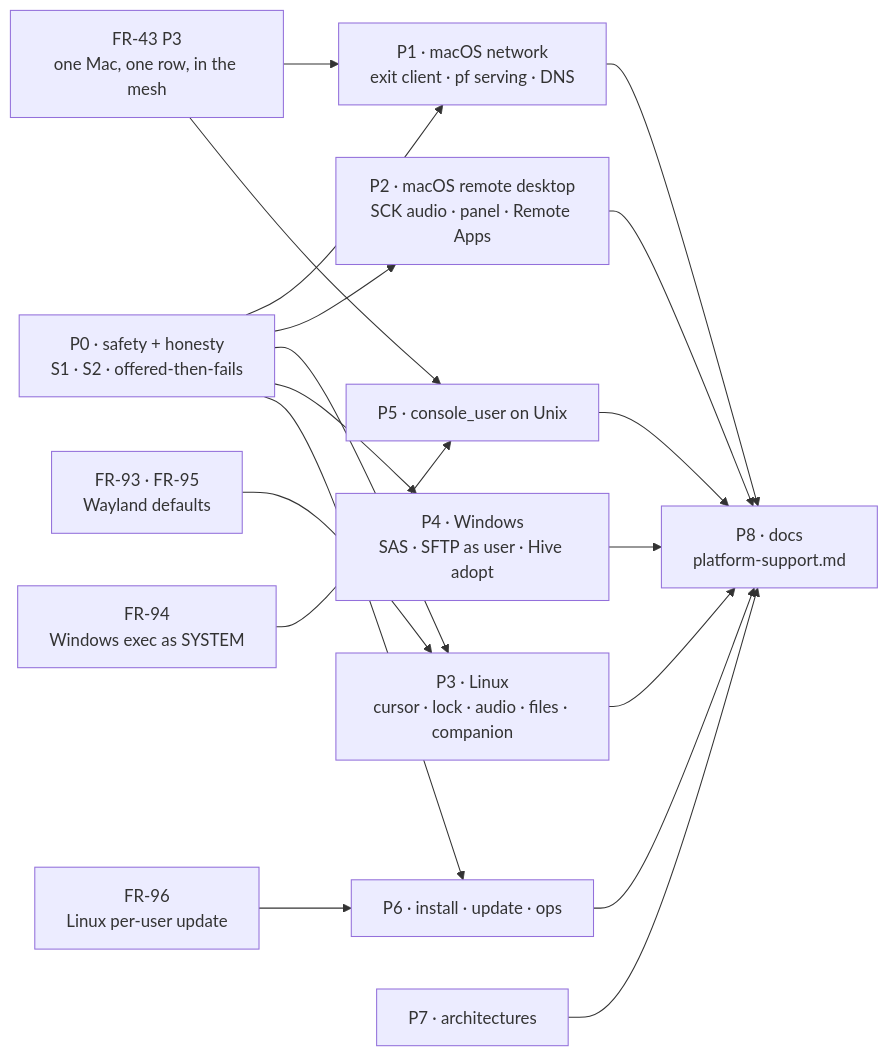
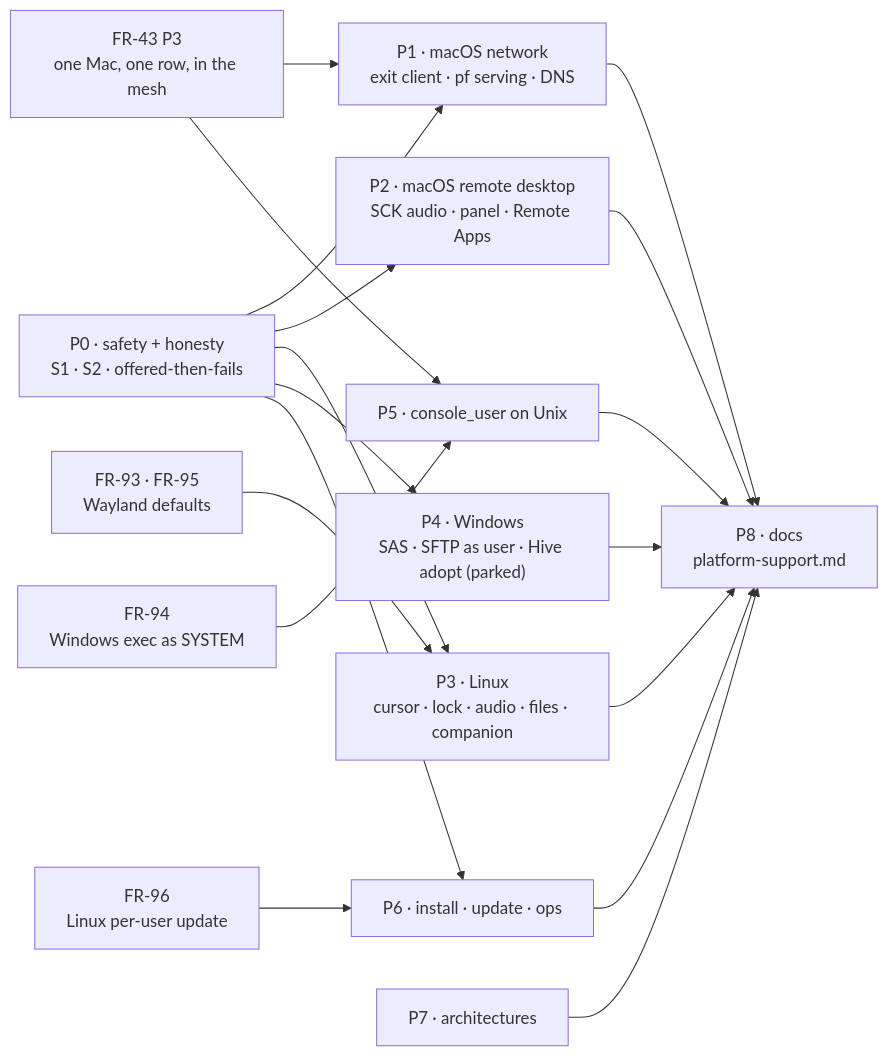
One commit to gjovanov/roomler-ai changed the first of 3 diagrams in docs/fr/FR-97-os-feature-parity.md. Above: the diagram before and after it, drawn with Mermaid. The commit also changed other lines of this file, not shown here.

First line of the commit message:
docs(fr-97): D5 reads the wizard's daemon roles, and D6 and P4c read Hive as parked

````diff
--- a/docs/fr/FR-97-os-feature-parity.md
+++ b/docs/fr/FR-97-os-feature-parity.md
@@ -158,23 +162,23 @@
 ```mermaid
 flowchart LR
     P0["P0 · safety + honesty<br/>S1 · S2 · offered-then-fails"]
     P1["P1 · macOS network<br/>exit client · pf serving · DNS"]
     P2["P2 · macOS remote desktop<br/>SCK audio · panel · Remote Apps"]
     P3["P3 · Linux<br/>cursor · lock · audio · files · companion"]
-    P4["P4 · Windows<br/>SAS · SFTP as user · Hive adopt"]
+    P4["P4 · Windows<br/>SAS · SFTP as user · Hive adopt (parked)"]
     P5["P5 · console_user on Unix"]
     P6["P6 · install · update · ops"]
     P7["P7 · architectures"]
     P8["P8 · docs<br/>platform-support.md"]
     FR43["FR-43 P3<br/>one Mac, one row, in the mesh"]
     FR94["FR-94<br/>Windows exec as SYSTEM"]
     FR96["FR-96<br/>Linux per-user update"]
     FR93["FR-93 · FR-95<br/>Wayland defaults"]
     P0 --> P1 & P2 & P3 & P4 & P6
     FR43 --> P1
     FR43 --> P5
     FR94 --> P5
     FR96 --> P6
     FR93 --> P3
     P1 & P2 & P3 & P4 & P5 & P6 & P7 --> P8
 ```
````
